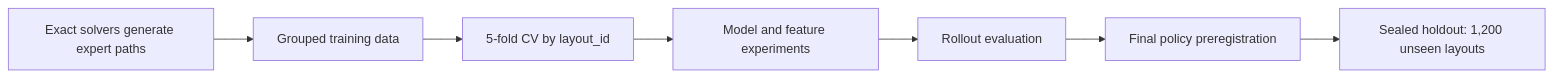
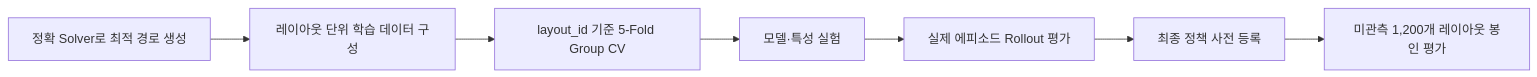
Before and after one commit to hekim-cse/robot-delivery-route-optimization: the diagram in README.md, drawn with Mermaid. The commit also changed other lines of this file, not shown here.

````diff
--- a/README.md
+++ b/README.md
@@ -38,9 +45,9 @@
 ```mermaid
 flowchart LR
-    A[Exact solvers generate expert paths] --> B[Grouped training data]
-    B --> C[5-fold CV by layout_id]
-    C --> D[Model and feature experiments]
-    D --> E[Rollout evaluation]
-    E --> F[Final policy preregistration]
-    F --> G[Sealed holdout: 1,200 unseen layouts]
+    A[정확 Solver로 최적 경로 생성] --> B[레이아웃 단위 학습 데이터 구성]
+    B --> C[layout_id 기준 5-Fold Group CV]
+    C --> D[모델·특성 실험]
+    D --> E[실제 에피소드 Rollout 평가]
+    E --> F[최종 정책 사전 등록]
+    F --> G[미관측 1,200개 레이아웃 봉인 평가]
 ```
````
